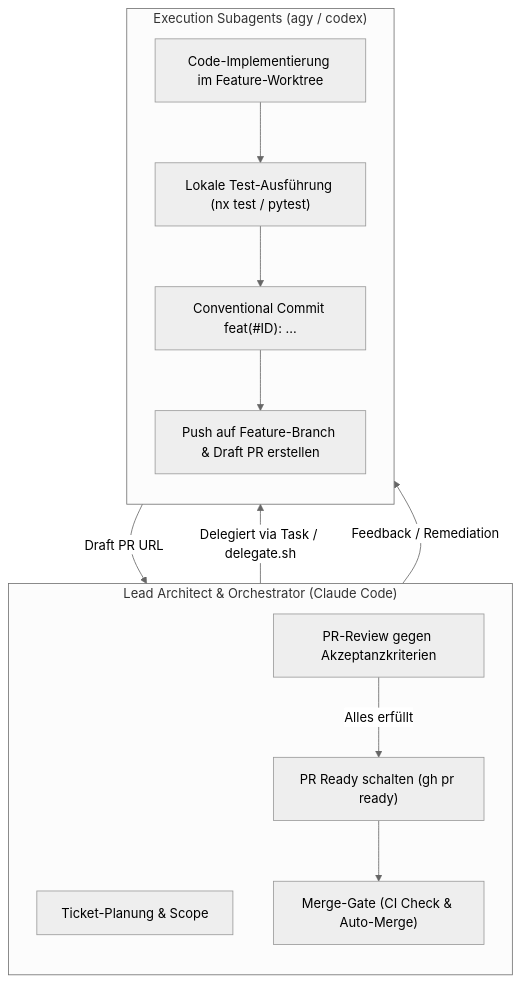
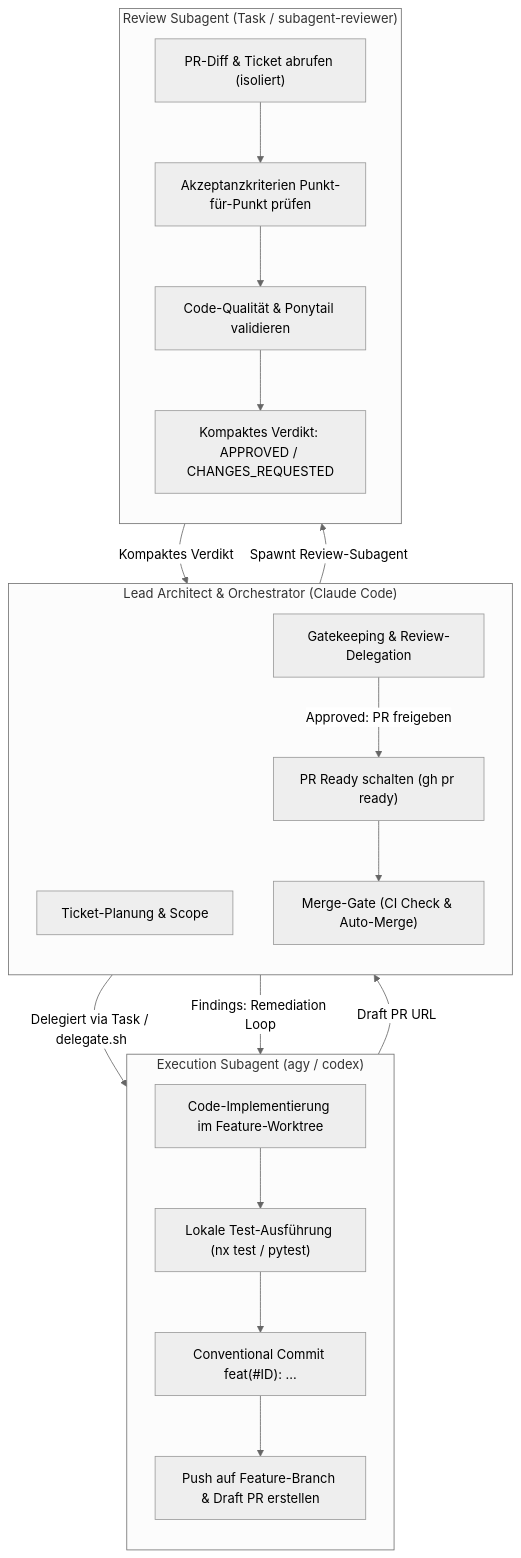
One commit to tihofman/agent-hq changed the diagram in docs/concepts/orchestrator-skill.md. Above: the diagram before and after it, drawn with Mermaid (neutral theme). The commit also changed other lines of this file and 1 other file, not shown here.

Commit message:
docs: delegate PR reviews to isolated subagents to prevent orchestrator bloat

````diff
--- a/docs/concepts/orchestrator-skill.md
+++ b/docs/concepts/orchestrator-skill.md
@@ -23,25 +23,36 @@
 ```mermaid
 flowchart TD
     subgraph Lead ["Lead Architect & Orchestrator (Claude Code)"]
         direction TB
         L1["Ticket-Planung & Scope"]
-        L2["PR-Review gegen Akzeptanzkriterien"]
+        L2["Gatekeeping & Review-Delegation"]
         L3["PR Ready schalten (gh pr ready)"]
         L4["Merge-Gate (CI Check & Auto-Merge)"]
     end
 
-    subgraph Worker ["Execution Subagents (agy / codex)"]
+    subgraph Worker ["Execution Subagent (agy / codex)"]
         direction TB
         W1["Code-Implementierung im Feature-Worktree"]
         W2["Lokale Test-Ausführung (nx test / pytest)"]
         W3["Conventional Commit feat(#ID): ..."]
         W4["Push auf Feature-Branch & Draft PR erstellen"]
     end
 
+    subgraph Reviewer ["Review Subagent (Task / subagent-reviewer)"]
+        direction TB
+        R1["PR-Diff & Ticket abrufen (isoliert)"]
+        R2["Akzeptanzkriterien Punkt-für-Punkt prüfen"]
+        R3["Code-Qualität & Ponytail validieren"]
+        R4["Kompaktes Verdikt: APPROVED / CHANGES_REQUESTED"]
+    end
+
     L1 -->|Delegiert via Task / delegate.sh| W1
     W1 --> W2 --> W3 --> W4
     W4 -->|Draft PR URL| L2
-    L2 -->|Feedback / Remediation| W1
-    L2 -->|Alles erfüllt| L3
+    L2 -->|Spawnt Review-Subagent| R1
+    R1 --> R2 --> R3 --> R4
+    R4 -->|Kompaktes Verdikt| L2
+    L2 -->|Findings: Remediation Loop| W1
+    L2 -->|Approved: PR freigeben| L3
     L3 --> L4
 ```
````
